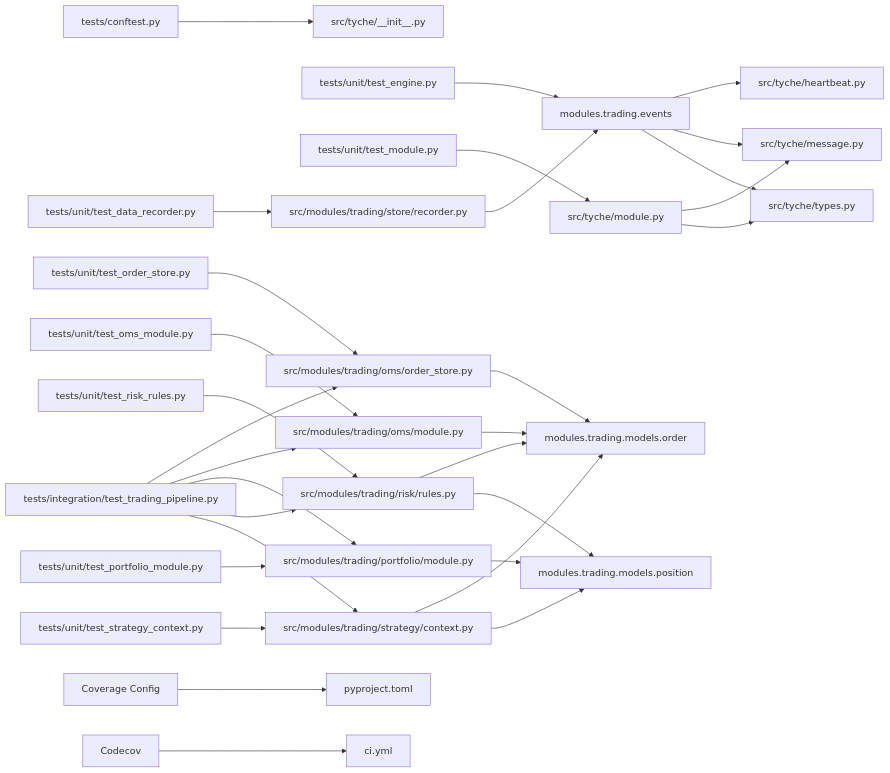
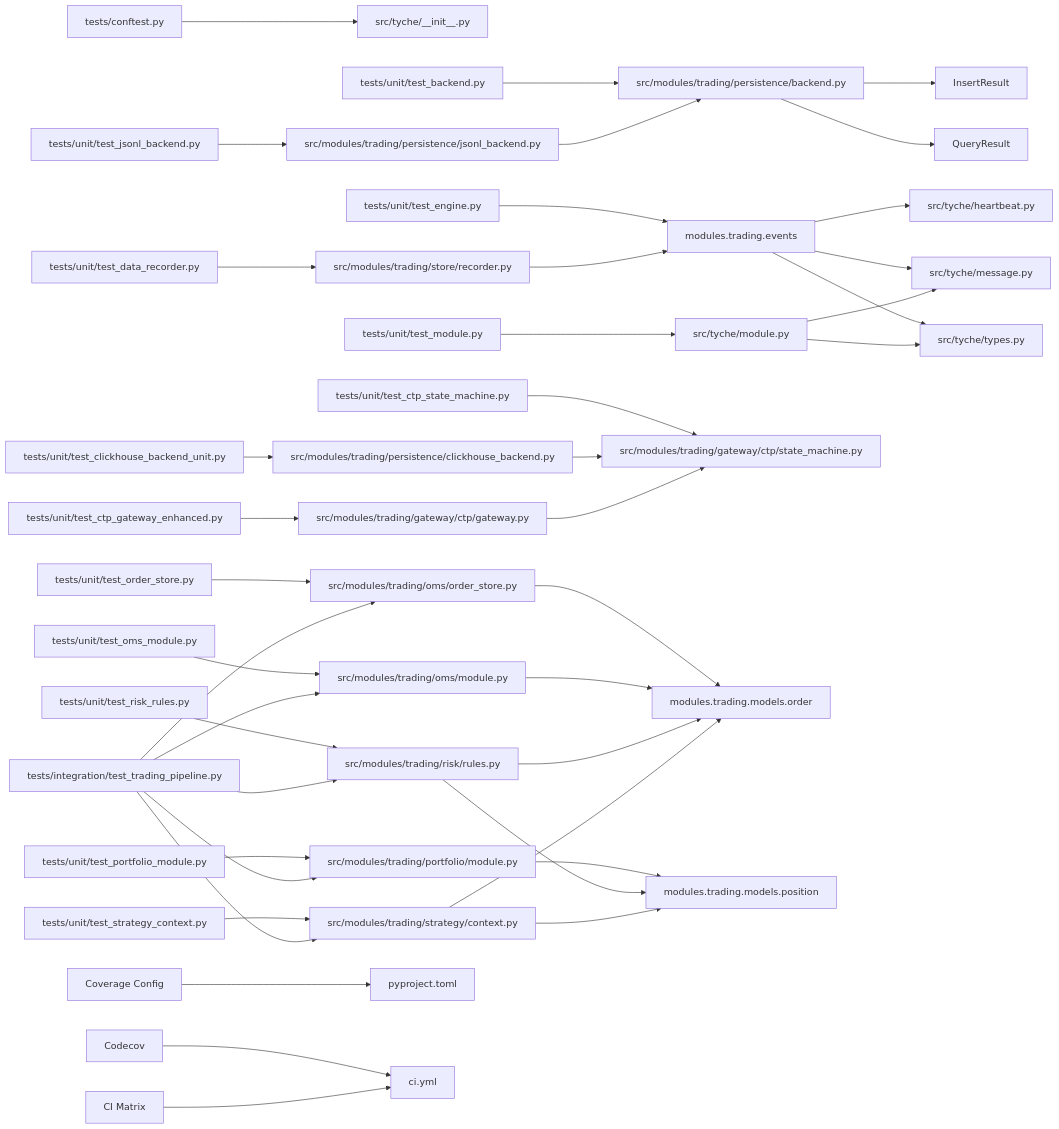
Before and after one commit to zt281/TycheEngine: the third of 4 diagrams in .qoder/repowiki/en/content/Testing and Development.md, drawn with Mermaid. The commit also changed other lines of this file and 34 other files, not shown here.

````diff
--- a/.qoder/repowiki/en/content/Testing and Development.md
+++ b/.qoder/repowiki/en/content/Testing and Development.md
@@ -712,32 +1011,43 @@
 ```mermaid
 graph LR
 T["tests/conftest.py"] --> I["src/tyche/__init__.py"]
 U1["tests/unit/test_engine.py"] --> E["src/tyche/engine.py"]
 U2["tests/unit/test_module.py"] --> M["src/tyche/module.py"]
-U3["tests/unit/test_order_store.py"] --> OS["src/modules/trading/oms/order_store.py"]
-U4["tests/unit/test_oms_module.py"] --> OM["src/modules/trading/oms/module.py"]
-U5["tests/unit/test_portfolio_module.py"] --> PM["src/modules/trading/portfolio/module.py"]
-U6["tests/unit/test_risk_rules.py"] --> RR["src/modules/trading/risk/rules.py"]
-U7["tests/unit/test_strategy_context.py"] --> SC["src/modules/trading/strategy/context.py"]
-U8["tests/unit/test_data_recorder.py"] --> DR["src/modules/trading/store/recorder.py"]
+U3["tests/unit/test_backend.py"] --> PB["src/modules/trading/persistence/backend.py"]
+U4["tests/unit/test_clickhouse_backend_unit.py"] --> CH["src/modules/trading/persistence/clickhouse_backend.py"]
+U5["tests/unit/test_jsonl_backend.py"] --> JLB["src/modules/trading/persistence/jsonl_backend.py"]
+U6["tests/unit/test_ctp_state_machine.py"] --> SM["src/modules/trading/gateway/ctp/state_machine.py"]
+U7["tests/unit/test_ctp_gateway_enhanced.py"] --> CG["src/modules/trading/gateway/ctp/gateway.py"]
+U8["tests/unit/test_order_store.py"] --> OS["src/modules/trading/oms/order_store.py"]
+U9["tests/unit/test_oms_module.py"] --> OM["src/modules/trading/oms/module.py"]
+U10["tests/unit/test_portfolio_module.py"] --> PM["src/modules/trading/portfolio/module.py"]
+U11["tests/unit/test_risk_rules.py"] --> RR["src/modules/trading/risk/rules.py"]
+U12["tests/unit/test_strategy_context.py"] --> SC["src/modules/trading/strategy/context.py"]
+U13["tests/unit/test_data_recorder.py"] --> DR["src/modules/trading/store/recorder.py"]
 I1["tests/integration/test_trading_pipeline.py"] --> OS
 I1 --> OM
 I1 --> PM
 I1 --> RR
 I1 --> SC
 E --> HB["src/tyche/heartbeat.py"]
 E --> MSG["src/tyche/message.py"]
 E --> TP["src/tyche/types.py"]
 M --> MSG
 M --> TP
+PB --> IR["InsertResult"]
+PB --> QR["QueryResult"]
+CH --> SM
+JLB --> PB
+CG --> SM
 OS --> ORD["modules.trading.models.order"]
 OM --> ORD
 PM --> POS["modules.trading.models.position"]
 RR --> ORD
 RR --> POS
 SC --> ORD
 SC --> POS
 DR --> E["modules.trading.events"]
 C["Coverage Config"] --> P["pyproject.toml"]
 CE["Codecov"] --> W["ci.yml"]
+CM["CI Matrix"] --> W
 ```
````
